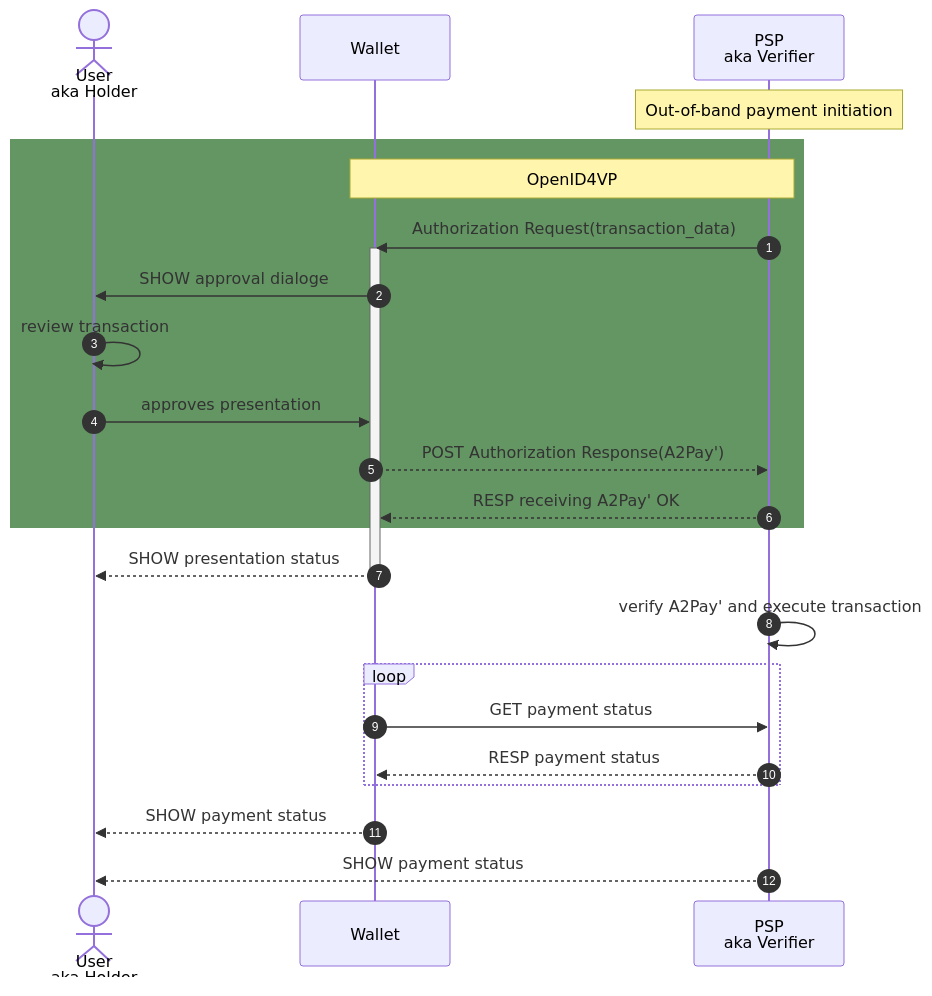
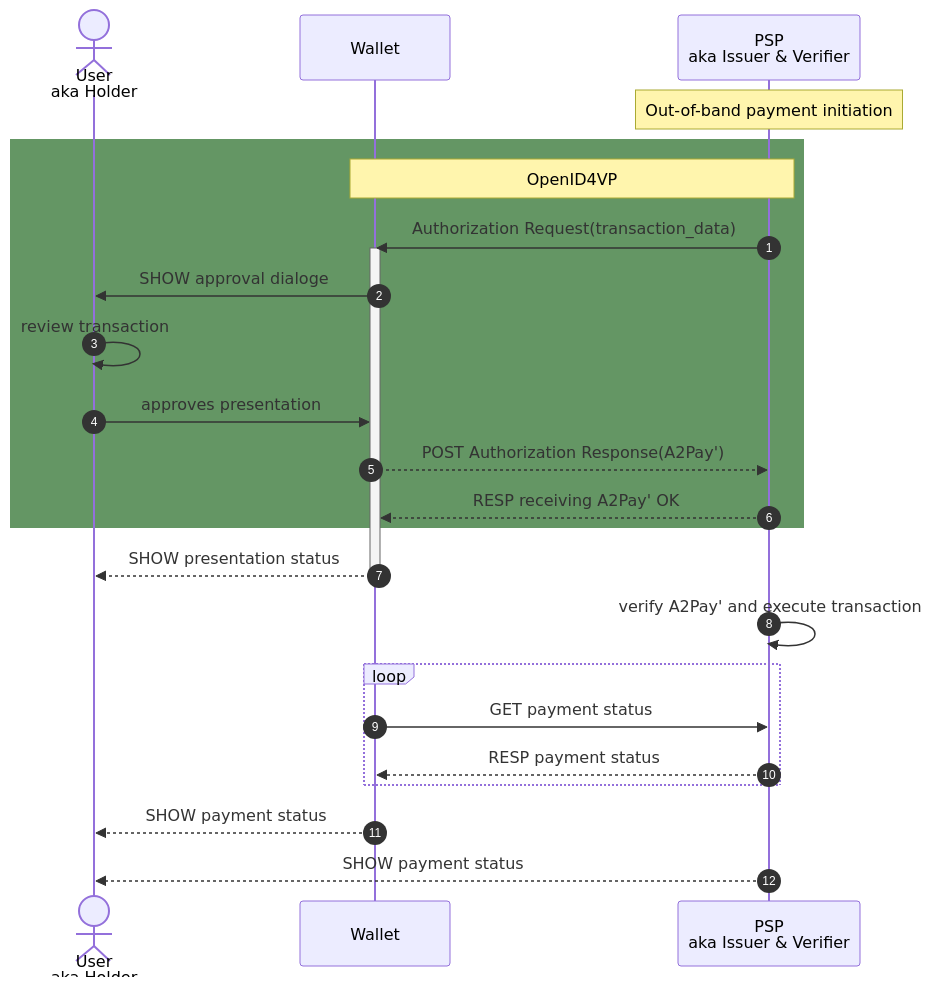
The first of 2 diagrams in payment-reference-doc.md (nobid-consortium/payment-reference-documentation), drawn with Mermaid before and after one commit.

Commit message:
added alternative names

````diff
--- a/payment-reference-doc.md
+++ b/payment-reference-doc.md
@@ -259,29 +259,29 @@
 ```mermaid
 
 sequenceDiagram
     autonumber
     actor user as User<br/>aka Holder
     participant wallet as Wallet 
-    participant psp as PSP<br/>aka Verifier
+    participant psp as PSP<br/>aka Issuer & Verifier
 
     Note over psp: Out-of-band payment initiation
     rect rgb(100, 150, 100)
     note over wallet, psp: OpenID4VP
     psp ->> wallet: Authorization Request(transaction_data)
     activate wallet
     wallet ->> user: SHOW approval dialoge
     user ->> user: review transaction
     user ->> wallet: approves presentation
     wallet -->> psp: POST Authorization Response(A2Pay')
     psp -->> wallet: RESP receiving A2Pay' OK
     end
     wallet -->> user: SHOW presentation status
     deactivate wallet
     psp ->> psp: verify A2Pay' and execute transaction
     loop
     wallet ->> psp: GET payment status
     psp -->> wallet: RESP payment status 
     end
     wallet -->> user: SHOW payment status
     psp -->> user: SHOW payment status
 ```
````
